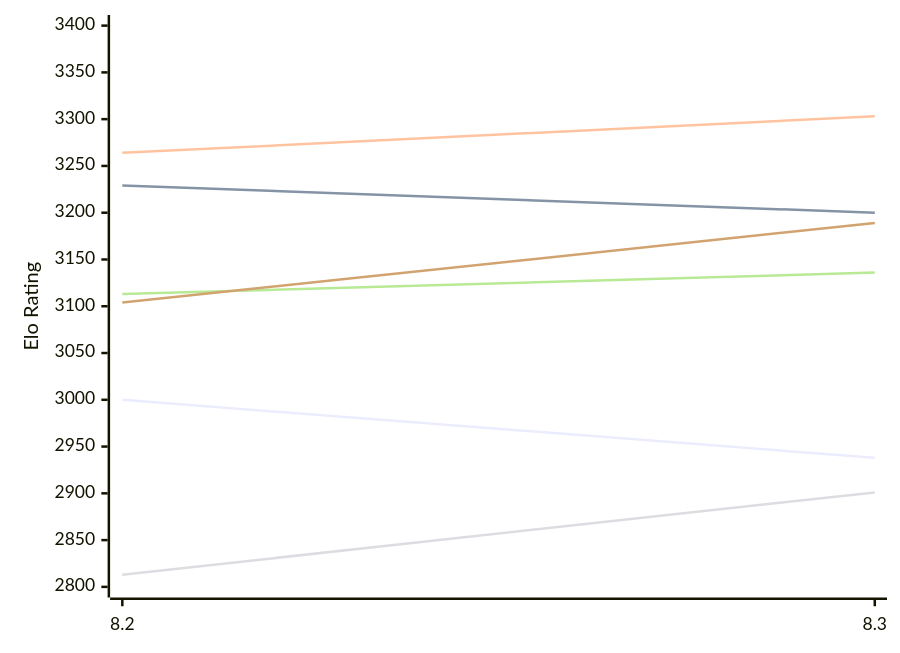
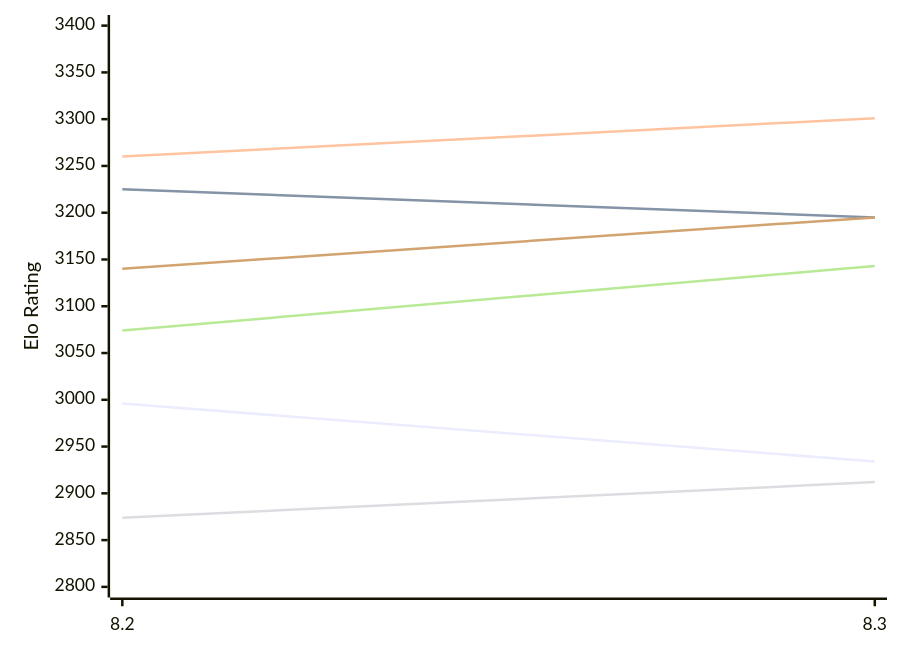
One commit to computer-chess-index/cci changed the first of 2 diagrams in engines/Alexander.md. Above: the diagram before and after it, drawn with Mermaid. The commit also changed other lines of this file, not shown here.

Commit message:
Update CCI Ratings (ELO VLTC) - 2026-11-21

````diff
--- a/engines/Alexander.md
+++ b/engines/Alexander.md
@@ -52,12 +52,12 @@
 ```mermaid
 %%{init: {"theme":"base","themeVariables":{"seriesColors:['#a3a3a3','#222221','#faa371']}}}%%
 xychart-beta
   x-axis ["8.2", "8.3"]
   y-axis "Elo Rating" 2800 --> 3400
-  line "E1: STC (8.0+0.08s)" [3000, 2938]
-  line "E1: LTC (60.0+0.60s)" [3229, 3200]
-  line "E1: VLTC (2m24s+1.12s)" [3264, 3303]
-  line "P1: STC (8.0+0.08s)" [2813, 2901]
-  line "P1: LTC (60.0+0.60s)" [3113, 3136]
-  line "P1: VLTC (2m24s+1.12s)" [3104, 3189]
+  line "E1: STC (8.0+0.08s)" [2996, 2934]
+  line "E1: LTC (60.0+0.60s)" [3225, 3195]
+  line "E1: VLTC (2m24s+1.12s)" [3260, 3301]
+  line "P1: STC (8.0+0.08s)" [2874, 2912]
+  line "P1: LTC (60.0+0.60s)" [3074, 3143]
+  line "P1: VLTC (2m24s+1.12s)" [3140, 3195]
 ```
````
